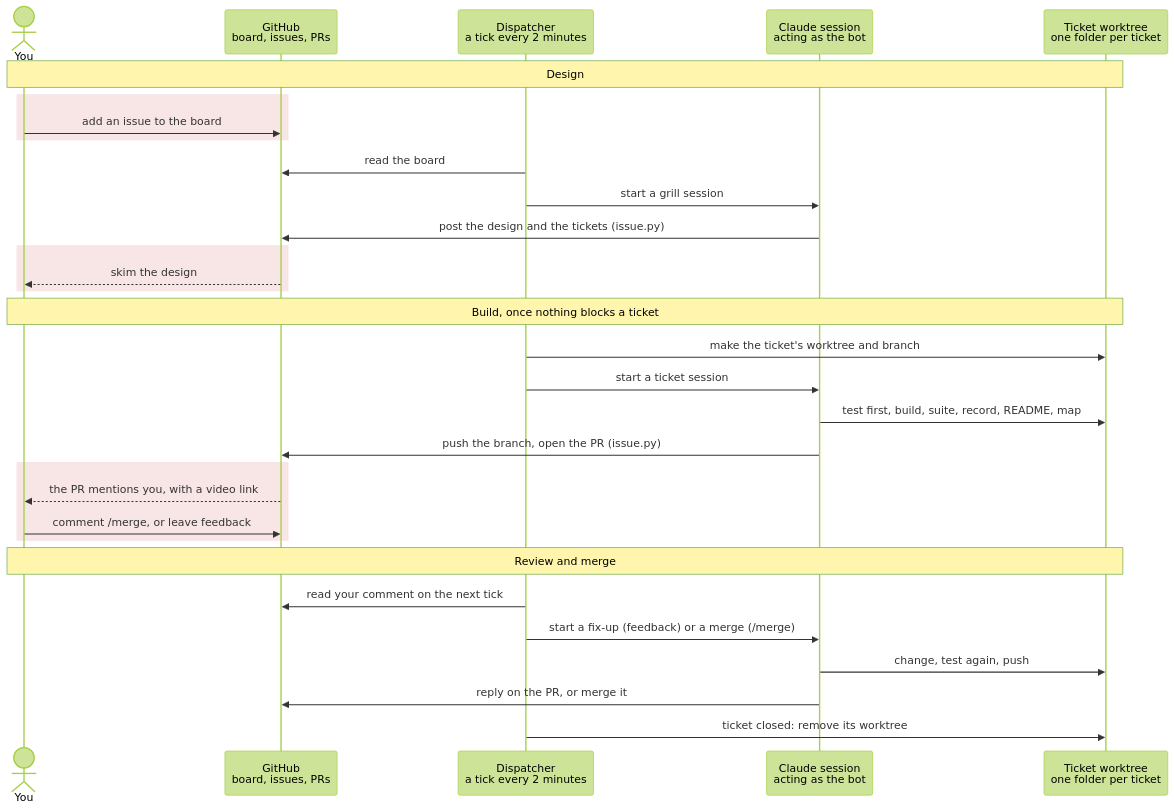
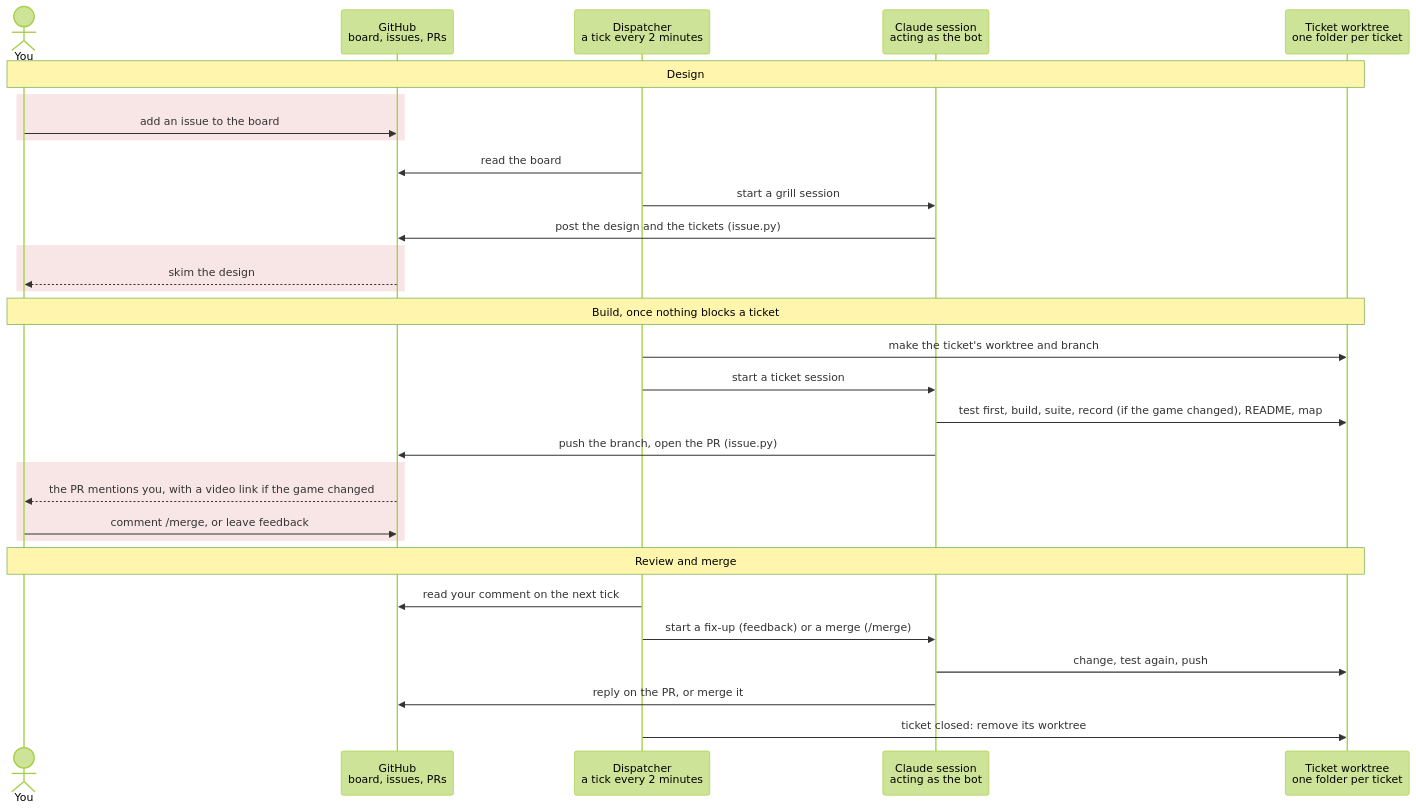
One commit to MinimalEffort07/pokefirered changed the first of 3 diagrams in docs/SYSTEM_MAP.md. Above: the diagram before and after it, drawn with Mermaid (forest theme). The commit also changed other lines of this file and 3 other files, not shown here.

First line of the commit message:
Docs: record only changes you can see in the game (#121)

````diff
--- a/docs/SYSTEM_MAP.md
+++ b/docs/SYSTEM_MAP.md
@@ -20,33 +20,33 @@
 ```mermaid
 sequenceDiagram
   actor You
   participant GH as GitHub<br/>board, issues, PRs
   participant D as Dispatcher<br/>a tick every 2 minutes
   participant S as Claude session<br/>acting as the bot
   participant W as Ticket worktree<br/>one folder per ticket
   Note over You,W: Design
   rect rgba(194, 42, 53, 0.12)
     You->>GH: add an issue to the board
   end
   D->>GH: read the board
   D->>S: start a grill session
   S->>GH: post the design and the tickets (issue.py)
   rect rgba(194, 42, 53, 0.12)
     GH-->>You: skim the design
   end
   Note over You,W: Build, once nothing blocks a ticket
   D->>W: make the ticket's worktree and branch
   D->>S: start a ticket session
-  S->>W: test first, build, suite, record, README, map
+  S->>W: test first, build, suite, record (if the game changed), README, map
   S->>GH: push the branch, open the PR (issue.py)
   rect rgba(194, 42, 53, 0.12)
-    GH-->>You: the PR mentions you, with a video link
+    GH-->>You: the PR mentions you, with a video link if the game changed
     You->>GH: comment /merge, or leave feedback
   end
   Note over You,W: Review and merge
   D->>GH: read your comment on the next tick
   D->>S: start a fix-up (feedback) or a merge (/merge)
   S->>W: change, test again, push
   S->>GH: reply on the PR, or merge it
   D->>W: ticket closed: remove its worktree
 ```
````
